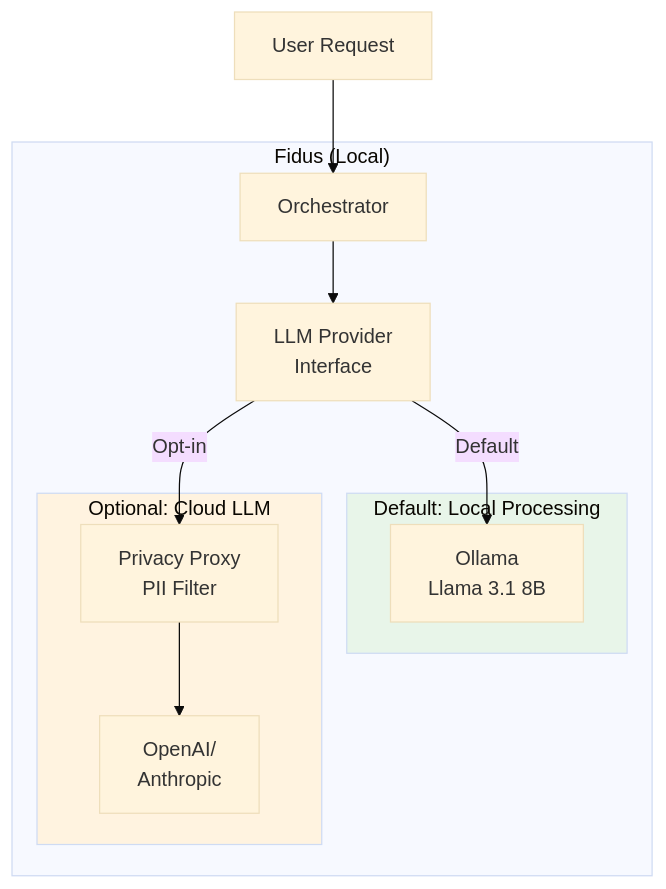
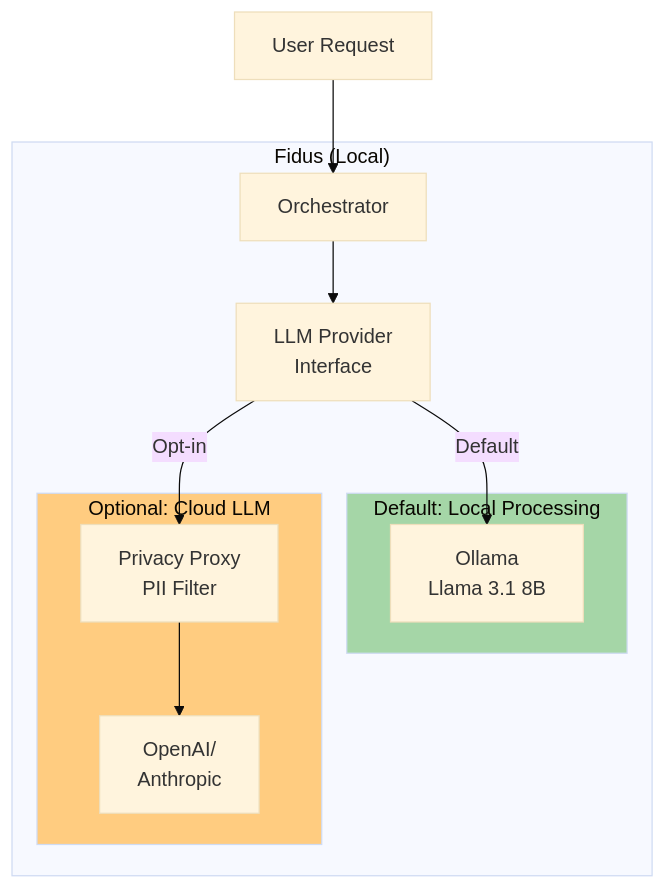
Before and after one commit to y-core-engineering/fidus: the sixth of 8 diagrams in docs/solution-architecture/02-architecture-principles.md, drawn with Mermaid (base theme). The commit also changed other lines of this file and 26 other files, not shown here.

First line of the commit message:
feat: add comprehensive UX/UI design docs and Mermaid validation (#6)

````diff
--- a/docs/solution-architecture/02-architecture-principles.md
+++ b/docs/solution-architecture/02-architecture-principles.md
@@ -798,27 +798,27 @@
 ```mermaid
 graph TB
     User[User Request]
 
     subgraph Fidus["Fidus (Local)"]
         Orch[Orchestrator]
         LLMInterface[LLM Provider<br/>Interface]
 
         subgraph LocalPath["Default: Local Processing"]
             Ollama[Ollama<br/>Llama 3.1 8B]
         end
 
         subgraph CloudPath["Optional: Cloud LLM"]
             Proxy[Privacy Proxy<br/>PII Filter]
             Cloud[OpenAI/<br/>Anthropic]
         end
     end
 
     User --> Orch
     Orch --> LLMInterface
     LLMInterface -->|Default| Ollama
     LLMInterface -->|Opt-in| Proxy
     Proxy --> Cloud
 
-    style LocalPath fill:#e8f5e9
-    style CloudPath fill:#fff3e0
+    style LocalPath fill:#a5d6a7
+    style CloudPath fill:#ffcc80
 ```
````
